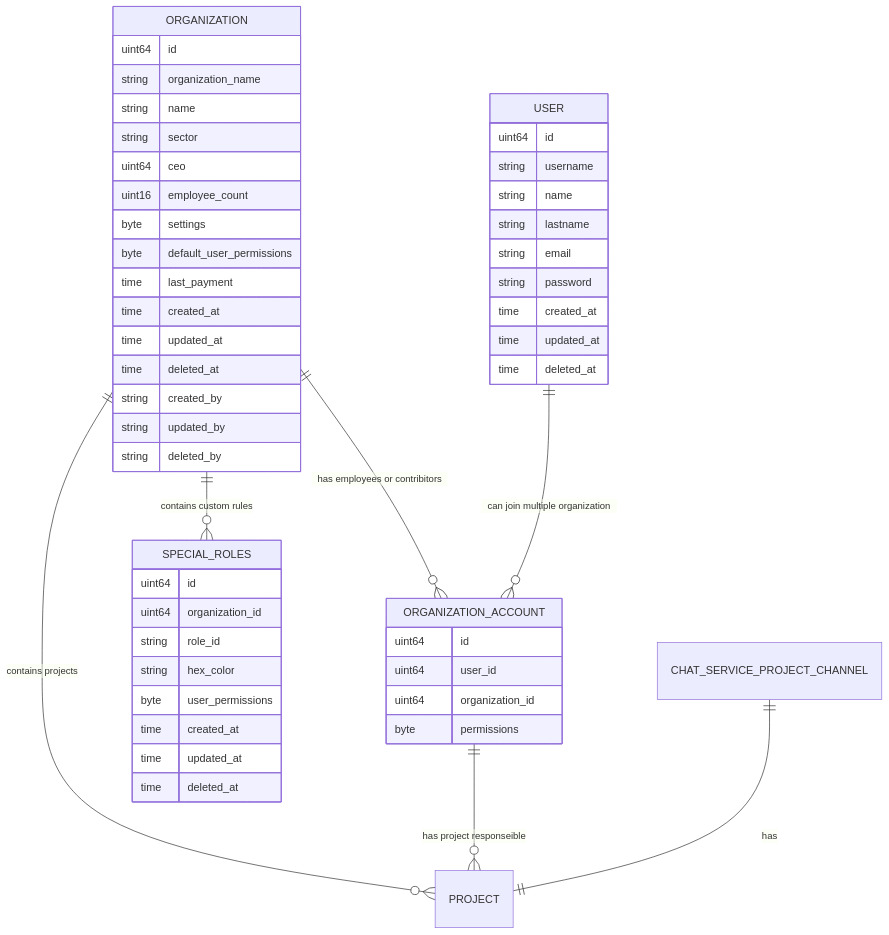
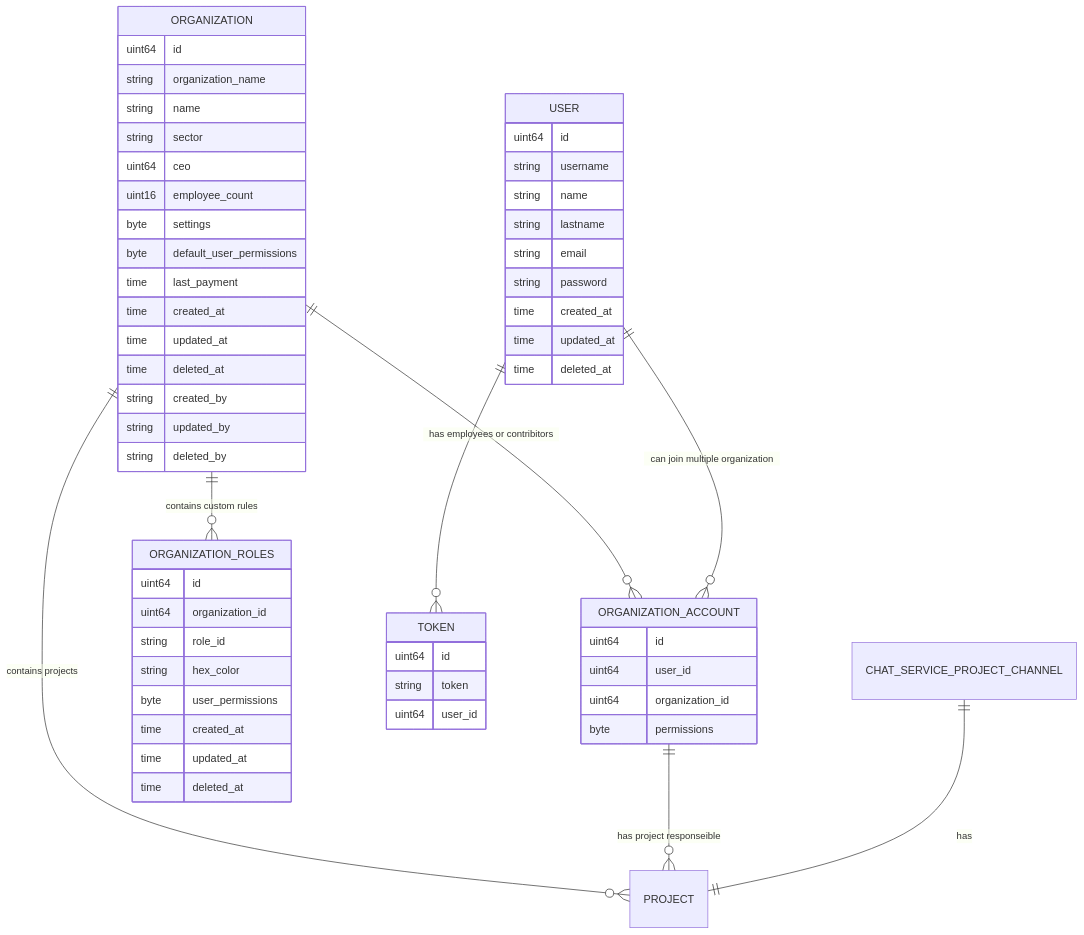
One commit to DEONSKY/ProjectManagementAppDoc changed the first of 3 diagrams in README.md. Above: the diagram before and after it, drawn with Mermaid. The commit also changed other lines of this file, not shown here.

````diff
--- a/README.md
+++ b/README.md
@@ -24,57 +24,63 @@
 ```mermaid
 erDiagram  
  ORGANIZATION  ||--o{  ORGANIZATION_ACCOUNT  : "has employees or contribitors"  
  ORGANIZATION  {  
  uint64 id
  string organization_name  
  string name 
  string sector  
  uint64 ceo
  uint16 employee_count
  byte settings
  byte default_user_permissions
  time last_payment
  time created_at
  time updated_at
  time deleted_at
  string created_by
  string updated_by
  string deleted_by
  
  }  
-  ORGANIZATION ||--o{  SPECIAL_ROLES  : "contains custom rules" 
-SPECIAL_ROLES {
+  ORGANIZATION ||--o{  ORGANIZATION_ROLES  : "contains custom rules" 
+ORGANIZATION_ROLES {
 uint64 id
 uint64 organization_id
 string role_id
 string hex_color
 byte user_permissions
 time created_at
 time updated_at
 time deleted_at
 
 }
  ORGANIZATION_ACCOUNT  {  
  uint64 id
  uint64 user_id  
  uint64 organization_id  
  byte permissions
  }  
+ TOKEN {
+ uint64 id
+ string token
+ uint64 user_id
+ } 
+ USER ||--o{ TOKEN : "" 
  USER ||--o{  ORGANIZATION_ACCOUNT  : "can join multiple organization" 
  USER {  
  uint64 id 
  string username
  string name
  string lastname
  string email
  string password
  time created_at
  time updated_at
  time deleted_at
  }
  ORGANIZATION ||--o{  PROJECT  : "contains projects"  
  ORGANIZATION_ACCOUNT ||--o{  PROJECT  : "has project responseible"  
 
  CHAT_SERVICE_PROJECT_CHANNEL ||--||  PROJECT  : "has" 
  
 ```
````
